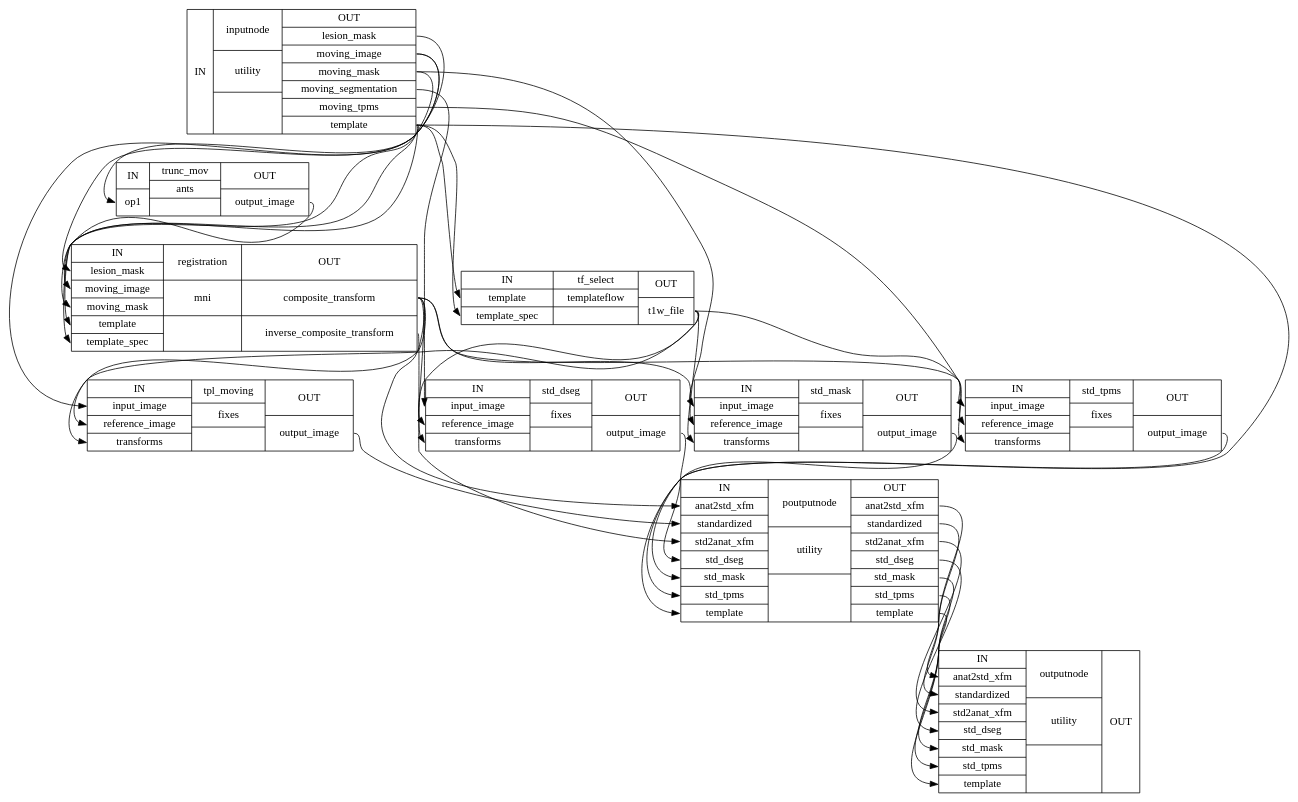
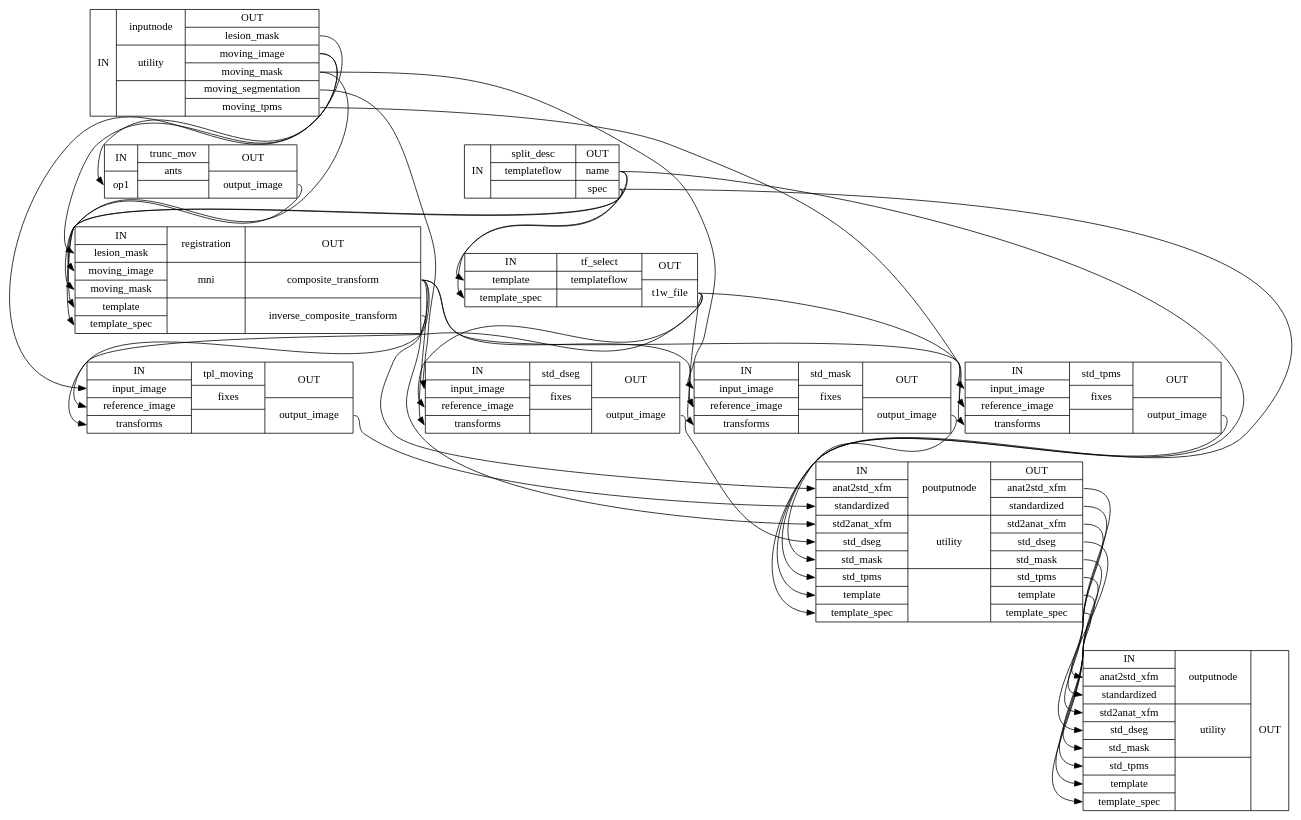
One commit to nuKs/smriprep changed the diagram in wf_directive/api/anat_norm_wf/smriprep-workflows-norm-1_detailed.dot. Above: the diagram before and after it, drawn with Graphviz. The commit also changed 364 other files, not shown here.

```diff
--- a/wf_directive/api/anat_norm_wf/smriprep-workflows-norm-1_detailed.dot
+++ b/wf_directive/api/anat_norm_wf/smriprep-workflows-norm-1_detailed.dot
@@ -1,47 +1,50 @@
 digraph structs {
 node [shape=record];
-anat_norm_wfinputnode [label="{IN}|{ inputnode | utility |  }|{OUT|<outlesionmask> lesion_mask|<outmovingimage> moving_image|<outmovingmask> moving_mask|<outmovingsegmentation> moving_segmentation|<outmovingtpms> moving_tpms|<outtemplate> template}"];
+anat_norm_wfsplit_desc [label="{IN}|{ split_desc | templateflow |  }|{OUT|<outname> name|<outspec> spec}"];
+anat_norm_wftf_select [label="{IN|<intemplate> template|<intemplatespec> template_spec}|{ tf_select | templateflow |  }|{OUT|<outt1wfile> t1w_file}"];
+anat_norm_wfinputnode [label="{IN}|{ inputnode | utility |  }|{OUT|<outlesionmask> lesion_mask|<outmovingimage> moving_image|<outmovingmask> moving_mask|<outmovingsegmentation> moving_segmentation|<outmovingtpms> moving_tpms}"];
 anat_norm_wftrunc_mov [label="{IN|<inop1> op1}|{ trunc_mov | ants |  }|{OUT|<outoutputimage> output_image}"];
 anat_norm_wfregistration [label="{IN|<inlesionmask> lesion_mask|<inmovingimage> moving_image|<inmovingmask> moving_mask|<intemplate> template|<intemplatespec> template_spec}|{ registration | mni |  }|{OUT|<outcompositetransform> composite_transform|<outinversecompositetransform> inverse_composite_transform}"];
-anat_norm_wftf_select [label="{IN|<intemplate> template|<intemplatespec> template_spec}|{ tf_select | templateflow |  }|{OUT|<outt1wfile> t1w_file}"];
 anat_norm_wfstd_tpms [label="{IN|<ininputimage> input_image|<inreferenceimage> reference_image|<intransforms> transforms}|{ std_tpms | fixes |  }|{OUT|<outoutputimage> output_image}"];
 anat_norm_wfstd_dseg [label="{IN|<ininputimage> input_image|<inreferenceimage> reference_image|<intransforms> transforms}|{ std_dseg | fixes |  }|{OUT|<outoutputimage> output_image}"];
 anat_norm_wfstd_mask [label="{IN|<ininputimage> input_image|<inreferenceimage> reference_image|<intransforms> transforms}|{ std_mask | fixes |  }|{OUT|<outoutputimage> output_image}"];
 anat_norm_wftpl_moving [label="{IN|<ininputimage> input_image|<inreferenceimage> reference_image|<intransforms> transforms}|{ tpl_moving | fixes |  }|{OUT|<outoutputimage> output_image}"];
-anat_norm_wfpoutputnode [label="{IN|<inanat2stdxfm> anat2std_xfm|<instandardized> standardized|<instd2anatxfm> std2anat_xfm|<instddseg> std_dseg|<instdmask> std_mask|<instdtpms> std_tpms|<intemplate> template}|{ poutputnode | utility |  }|{OUT|<outanat2stdxfm> anat2std_xfm|<outstandardized> standardized|<outstd2anatxfm> std2anat_xfm|<outstddseg> std_dseg|<outstdmask> std_mask|<outstdtpms> std_tpms|<outtemplate> template}"];
-anat_norm_wfoutputnode [label="{IN|<inanat2stdxfm> anat2std_xfm|<instandardized> standardized|<instd2anatxfm> std2anat_xfm|<instddseg> std_dseg|<instdmask> std_mask|<instdtpms> std_tpms|<intemplate> template}|{ outputnode | utility |  }|{OUT}"];
+anat_norm_wfpoutputnode [label="{IN|<inanat2stdxfm> anat2std_xfm|<instandardized> standardized|<instd2anatxfm> std2anat_xfm|<instddseg> std_dseg|<instdmask> std_mask|<instdtpms> std_tpms|<intemplate> template|<intemplatespec> template_spec}|{ poutputnode | utility |  }|{OUT|<outanat2stdxfm> anat2std_xfm|<outstandardized> standardized|<outstd2anatxfm> std2anat_xfm|<outstddseg> std_dseg|<outstdmask> std_mask|<outstdtpms> std_tpms|<outtemplate> template|<outtemplatespec> template_spec}"];
+anat_norm_wfoutputnode [label="{IN|<inanat2stdxfm> anat2std_xfm|<instandardized> standardized|<instd2anatxfm> std2anat_xfm|<instddseg> std_dseg|<instdmask> std_mask|<instdtpms> std_tpms|<intemplate> template|<intemplatespec> template_spec}|{ outputnode | utility |  }|{OUT}"];
 anat_norm_wfinputnode:outlesionmask:e -> anat_norm_wfregistration:inlesionmask:w;
 anat_norm_wfinputnode:outmovingimage:e -> anat_norm_wftpl_moving:ininputimage:w;
 anat_norm_wfinputnode:outmovingimage:e -> anat_norm_wftrunc_mov:inop1:w;
 anat_norm_wfinputnode:outmovingmask:e -> anat_norm_wfregistration:inmovingmask:w;
 anat_norm_wfinputnode:outmovingmask:e -> anat_norm_wfstd_mask:ininputimage:w;
 anat_norm_wfinputnode:outmovingsegmentation:e -> anat_norm_wfstd_dseg:ininputimage:w;
 anat_norm_wfinputnode:outmovingtpms:e -> anat_norm_wfstd_tpms:ininputimage:w;
-anat_norm_wfinputnode:outtemplate:e -> anat_norm_wfpoutputnode:intemplate:w;
-anat_norm_wfinputnode:outtemplate:e -> anat_norm_wfregistration:intemplate:w;
-anat_norm_wfinputnode:outtemplate:e -> anat_norm_wfregistration:intemplatespec:w;
-anat_norm_wfinputnode:outtemplate:e -> anat_norm_wftf_select:intemplate:w;
-anat_norm_wfinputnode:outtemplate:e -> anat_norm_wftf_select:intemplatespec:w;
 anat_norm_wfpoutputnode:outanat2stdxfm:e -> anat_norm_wfoutputnode:inanat2stdxfm:w;
 anat_norm_wfpoutputnode:outstandardized:e -> anat_norm_wfoutputnode:instandardized:w;
 anat_norm_wfpoutputnode:outstd2anatxfm:e -> anat_norm_wfoutputnode:instd2anatxfm:w;
 anat_norm_wfpoutputnode:outstddseg:e -> anat_norm_wfoutputnode:instddseg:w;
 anat_norm_wfpoutputnode:outstdmask:e -> anat_norm_wfoutputnode:instdmask:w;
 anat_norm_wfpoutputnode:outstdtpms:e -> anat_norm_wfoutputnode:instdtpms:w;
 anat_norm_wfpoutputnode:outtemplate:e -> anat_norm_wfoutputnode:intemplate:w;
+anat_norm_wfpoutputnode:outtemplatespec:e -> anat_norm_wfoutputnode:intemplatespec:w;
 anat_norm_wfregistration:outcompositetransform:e -> anat_norm_wfpoutputnode:inanat2stdxfm:w;
 anat_norm_wfregistration:outcompositetransform:e -> anat_norm_wfstd_dseg:intransforms:w;
 anat_norm_wfregistration:outcompositetransform:e -> anat_norm_wfstd_mask:intransforms:w;
 anat_norm_wfregistration:outcompositetransform:e -> anat_norm_wfstd_tpms:intransforms:w;
 anat_norm_wfregistration:outcompositetransform:e -> anat_norm_wftpl_moving:intransforms:w;
 anat_norm_wfregistration:outinversecompositetransform:e -> anat_norm_wfpoutputnode:instd2anatxfm:w;
+anat_norm_wfsplit_desc:outname:e -> anat_norm_wfpoutputnode:intemplate:w;
+anat_norm_wfsplit_desc:outname:e -> anat_norm_wfregistration:intemplate:w;
+anat_norm_wfsplit_desc:outname:e -> anat_norm_wftf_select:intemplate:w;
+anat_norm_wfsplit_desc:outspec:e -> anat_norm_wfpoutputnode:intemplatespec:w;
+anat_norm_wfsplit_desc:outspec:e -> anat_norm_wfregistration:intemplatespec:w;
+anat_norm_wfsplit_desc:outspec:e -> anat_norm_wftf_select:intemplatespec:w;
 anat_norm_wfstd_dseg:outoutputimage:e -> anat_norm_wfpoutputnode:instddseg:w;
 anat_norm_wfstd_mask:outoutputimage:e -> anat_norm_wfpoutputnode:instdmask:w;
 anat_norm_wfstd_tpms:outoutputimage:e -> anat_norm_wfpoutputnode:instdtpms:w;
 anat_norm_wftf_select:outt1wfile:e -> anat_norm_wfstd_dseg:inreferenceimage:w;
 anat_norm_wftf_select:outt1wfile:e -> anat_norm_wfstd_mask:inreferenceimage:w;
 anat_norm_wftf_select:outt1wfile:e -> anat_norm_wfstd_tpms:inreferenceimage:w;
 anat_norm_wftf_select:outt1wfile:e -> anat_norm_wftpl_moving:inreferenceimage:w;
 anat_norm_wftpl_moving:outoutputimage:e -> anat_norm_wfpoutputnode:instandardized:w;
 anat_norm_wftrunc_mov:outoutputimage:e -> anat_norm_wfregistration:inmovingimage:w;
 }
```
